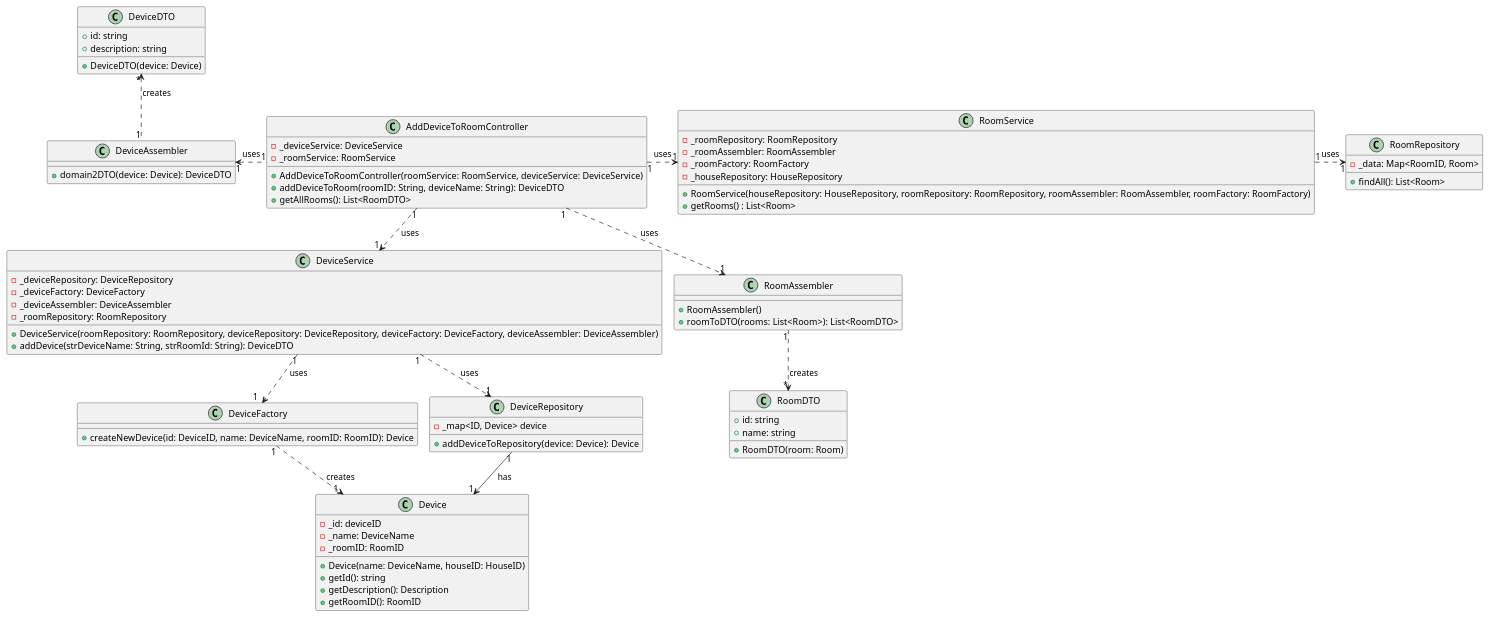
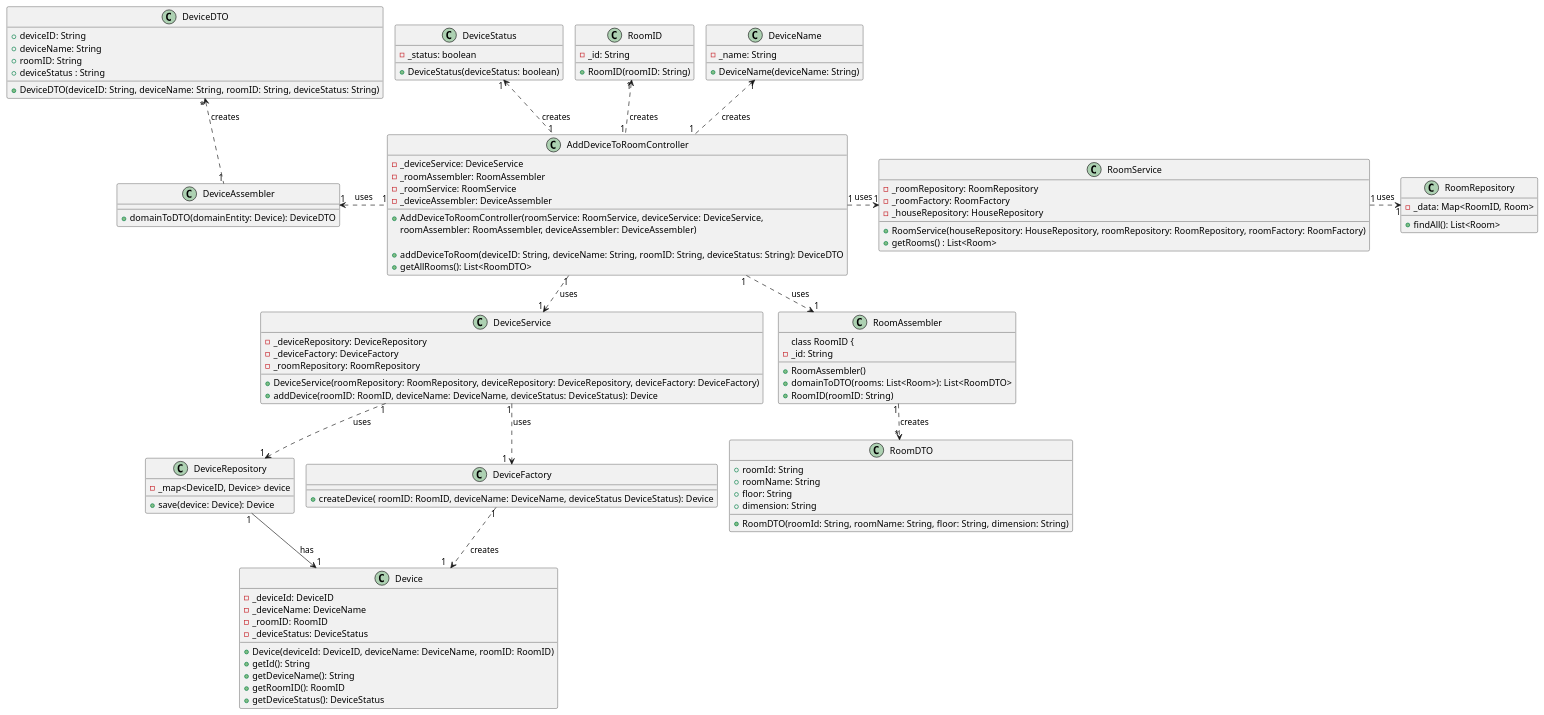
One commit to olivDiogo/SmartHome changed the diagram in docs/userStories/us05/artifacts/US05CD.puml. Above: the diagram before and after it, drawn with PlantUML. The commit also changed 1 other file, not shown here.

```diff
--- a/docs/userStories/us05/artifacts/US05CD.puml
+++ b/docs/userStories/us05/artifacts/US05CD.puml
@@ -1,86 +1,119 @@
 @startuml
 !pragma layout smetana
 
 class Device {
-  - _id: deviceID
-  - _name: DeviceName
+  - _deviceId: DeviceID
+  - _deviceName: DeviceName
   - _roomID: RoomID
-  + Device(name: DeviceName, houseID: HouseID)
-  + getId(): string
-  + getDescription(): Description
+  - _deviceStatus: DeviceStatus
+  + Device(deviceId: DeviceID, deviceName: DeviceName, roomID: RoomID)
+  + getId(): String
+  + getDeviceName(): String
   + getRoomID(): RoomID
+  + getDeviceStatus(): DeviceStatus
+
   }
 
 class DeviceFactory {
-  + createNewDevice(id: DeviceID, name: DeviceName, roomID: RoomID): Device
+  + createDevice( roomID: RoomID, deviceName: DeviceName, deviceStatus DeviceStatus): Device
   }
 
 class DeviceRepository {
-  - _map<ID, Device> device
-  + addDeviceToRepository(device: Device): Device
+  - _map<DeviceID, Device> device
+  + save(device: Device): Device
   }
 class DeviceService {
   - _deviceRepository: DeviceRepository
   - _deviceFactory: DeviceFactory
-  - _deviceAssembler: DeviceAssembler
   - _roomRepository: RoomRepository
-    + DeviceService(roomRepository: RoomRepository, deviceRepository: DeviceRepository, deviceFactory: DeviceFactory, deviceAssembler: DeviceAssembler)
-  + addDevice(strDeviceName: String, strRoomId: String): DeviceDTO
+    + DeviceService(roomRepository: RoomRepository, deviceRepository: DeviceRepository, deviceFactory: DeviceFactory)
+  + addDevice(roomID: RoomID, deviceName: DeviceName, deviceStatus: DeviceStatus): Device
   }
 
  class RoomService{
   - _roomRepository: RoomRepository
-  - _roomAssembler: RoomAssembler
   - _roomFactory: RoomFactory
   - _houseRepository: HouseRepository
-  + RoomService(houseRepository: HouseRepository, roomRepository: RoomRepository, roomAssembler: RoomAssembler, roomFactory: RoomFactory)
+  + RoomService(houseRepository: HouseRepository, roomRepository: RoomRepository, roomFactory: RoomFactory)
   + getRooms() : List<Room>
   }
 
 class RoomRepository {
   - _data: Map<RoomID, Room>
   + findAll(): List<Room>
   }
 
 class RoomAssembler {
     +RoomAssembler()
-    +roomToDTO(rooms: List<Room>): List<RoomDTO>
-}
+    +domainToDTO(rooms: List<Room>): List<RoomDTO>
+
+
+class RoomID {
+  - _id: String
+  + RoomID(roomID: String)
+  }
+
+class DeviceName {
+  - _name: String
+  + DeviceName(deviceName: String)
+  }
+
+class DeviceStatus {
+  - _status: boolean
+  + DeviceStatus(deviceStatus: boolean)
+  }
+
+class RoomID {
+  - _id: String
+  + RoomID(roomID: String)
+  }
 
 class RoomDTO {
-    + id: string
-    + name: string
-    + RoomDTO(room: Room)
+    + roomId: String
+    + roomName: String
+    + floor: String
+    + dimension: String
+    + RoomDTO(roomId: String, roomName: String, floor: String, dimension: String)
 }
 
 class AddDeviceToRoomController {
   - _deviceService: DeviceService
+  - _roomAssembler: RoomAssembler
   - _roomService: RoomService
-  + AddDeviceToRoomController(roomService: RoomService, deviceService: DeviceService)
-  + addDeviceToRoom(roomID: String, deviceName: String): DeviceDTO
+  - _deviceAssembler: DeviceAssembler
+  + AddDeviceToRoomController(roomService: RoomService, deviceService: DeviceService,
+   roomAssembler: RoomAssembler, deviceAssembler: DeviceAssembler)
+
+  + addDeviceToRoom(deviceID: String, deviceName: String, roomID: String, deviceStatus: String): DeviceDTO
   + getAllRooms(): List<RoomDTO>
   }
 class DeviceDTO {
-+ id: string
-+ description: string
-+ DeviceDTO(device: Device)
++ deviceID: String
++ deviceName: String
++ roomID: String
++ deviceStatus : String
++ DeviceDTO(deviceID: String, deviceName: String, roomID: String, deviceStatus: String)
 }
 class DeviceAssembler{
-  + domain2DTO(device: Device): DeviceDTO
+  + domainToDTO(domainEntity: Device): DeviceDTO
   }
 
 
 DeviceRepository "1" -down-> "1" Device: has
 DeviceService "1".down.>"1  " DeviceFactory: uses
 AddDeviceToRoomController "1".left.>"1" DeviceAssembler: uses
 DeviceService "1".down.>"1" DeviceRepository: uses
 RoomService "1".right.>"1" RoomRepository: uses
 DeviceFactory "1".down.>"1  " Device: creates
 AddDeviceToRoomController "1".down.>"1" DeviceService: uses
 AddDeviceToRoomController "1".right.>"1" RoomService: uses
 DeviceAssembler "1".up.> "*" DeviceDTO: creates
 AddDeviceToRoomController "1".down.>"1" RoomAssembler: uses
 RoomAssembler "1".down.>"*" RoomDTO: creates
+AddDeviceToRoomController "1".up.>"1" RoomID: creates
+AddDeviceToRoomController "1".up.>"1" DeviceName: creates
+AddDeviceToRoomController "1".up.>"1" DeviceStatus: creates
+
 
 
 @enduml
```
